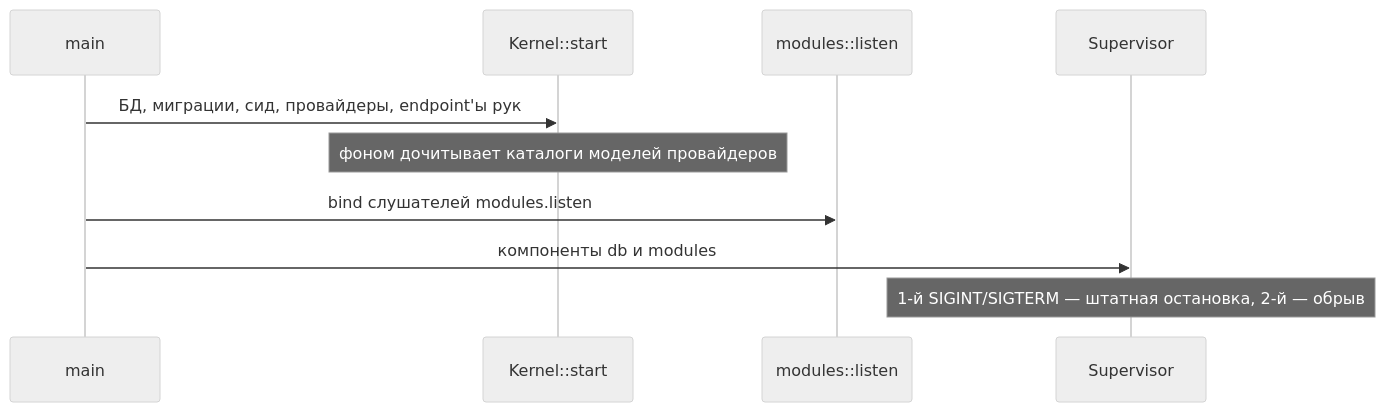
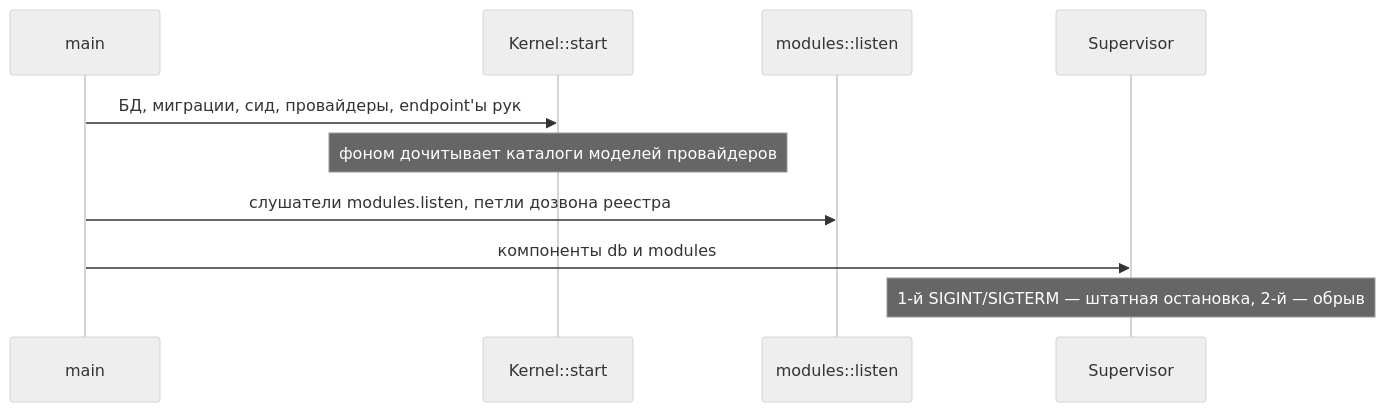
Before and after one commit to eva-rs/kernel: the third of 3 diagrams in docs/src/architecture.md, drawn with Mermaid (neutral theme). The commit also changed other lines of this file and 6 other files, not shown here.

````diff
--- a/docs/src/architecture.md
+++ b/docs/src/architecture.md
@@ -154,12 +154,12 @@
 ```mermaid
 sequenceDiagram
   participant Main as main
   participant K as Kernel::start
   participant L as modules::listen
   participant Sup as Supervisor
   Main->>K: БД, миграции, сид, провайдеры, endpoint'ы рук
   Note over K: фоном дочитывает каталоги моделей провайдеров
-  Main->>L: bind слушателей modules.listen
+  Main->>L: слушатели modules.listen, петли дозвона реестра
   Main->>Sup: компоненты db и modules
   Note over Sup: 1-й SIGINT/SIGTERM — штатная остановка, 2-й — обрыв
 ```
````
